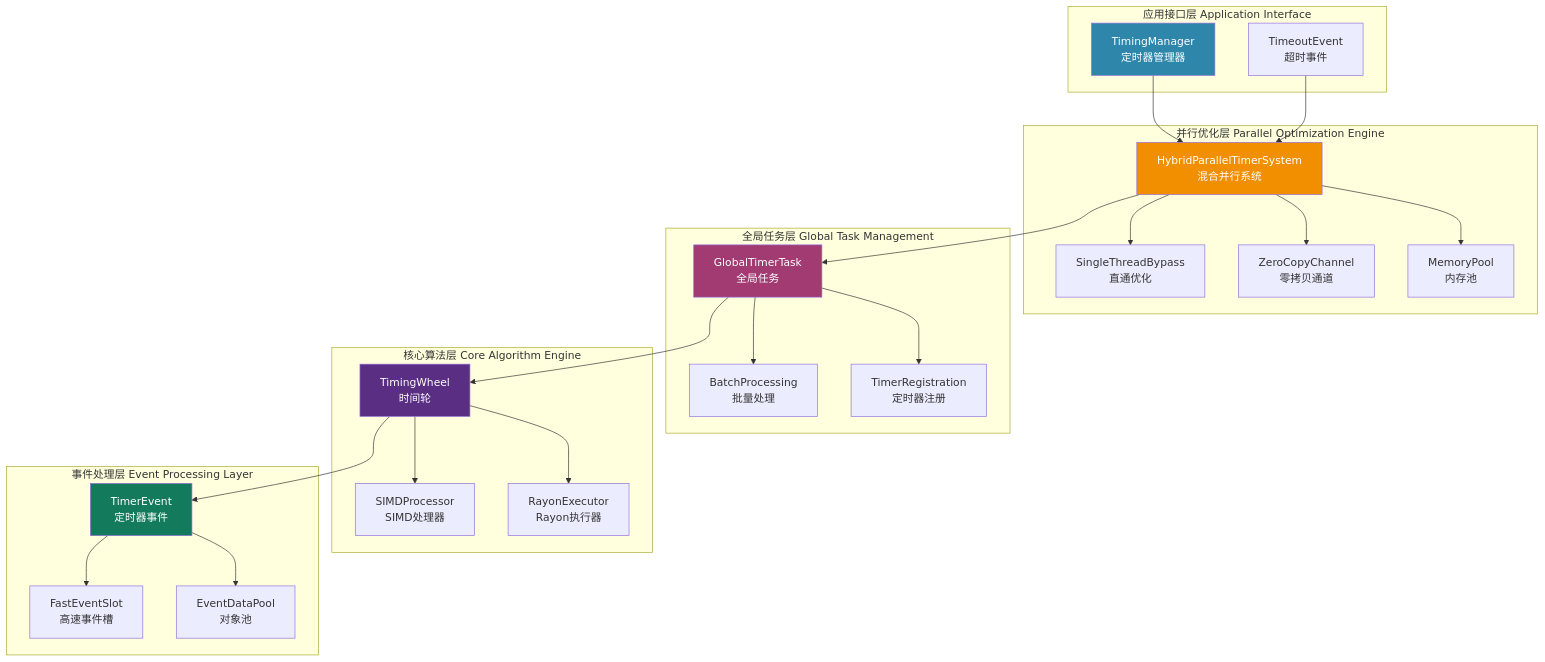
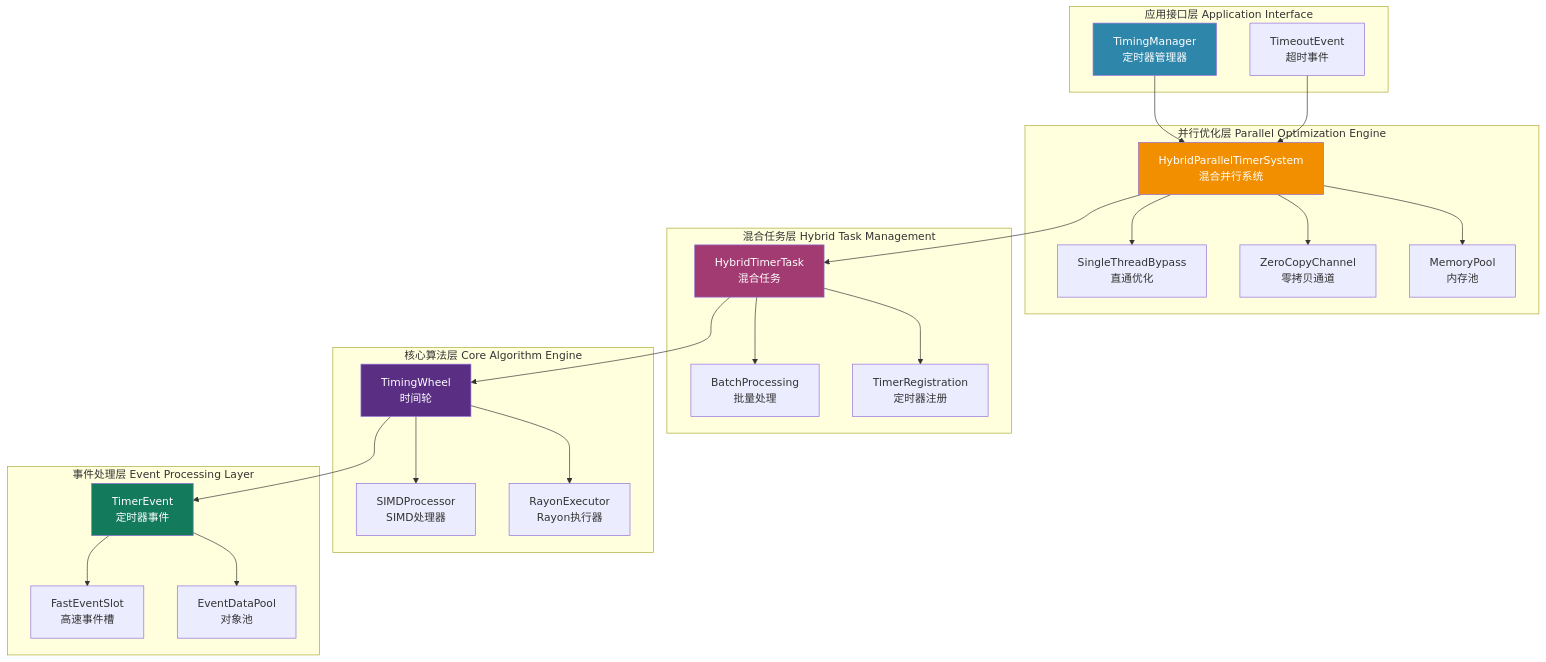
Before and after one commit to ShaoG-R/kestrel-protocol: the diagram in docs/src/dev-docs/components/timer.md, drawn with Mermaid. The commit also changed other lines of this file and 1 other file, not shown here.

````diff
--- a/docs/src/dev-docs/components/timer.md
+++ b/docs/src/dev-docs/components/timer.md
@@ -19,53 +19,53 @@
 ```mermaid
 graph TB
     subgraph "应用接口层 Application Interface"
         A[TimingManager<br/>定时器管理器]
         B[TimeoutEvent<br/>超时事件]
     end
     
     subgraph "并行优化层 Parallel Optimization Engine"
         C[HybridParallelTimerSystem<br/>混合并行系统]
         D[SingleThreadBypass<br/>直通优化]
         E[ZeroCopyChannel<br/>零拷贝通道]
         F[MemoryPool<br/>内存池]
     end
     
-    subgraph "全局任务层 Global Task Management"
-        G[GlobalTimerTask<br/>全局任务]
+    subgraph "混合任务层 Hybrid Task Management"
+        G[HybridTimerTask<br/>混合任务]
         H[BatchProcessing<br/>批量处理]
         I[TimerRegistration<br/>定时器注册]
     end
     
     subgraph "核心算法层 Core Algorithm Engine"
         J[TimingWheel<br/>时间轮]
         K[SIMDProcessor<br/>SIMD处理器]
         L[RayonExecutor<br/>Rayon执行器]
     end
     
     subgraph "事件处理层 Event Processing Layer"
         M[TimerEvent<br/>定时器事件]
         N[FastEventSlot<br/>高速事件槽]
         O[EventDataPool<br/>对象池]
     end
 
     A --> C
     B --> C
     C --> D
     C --> E
     C --> F
     C --> G
     G --> H
     G --> I
     G --> J
     J --> K
     J --> L
     J --> M
     M --> N
     M --> O
 
     style A fill:#2E86AB,color:#fff
     style C fill:#F18F01,color:#fff
     style G fill:#A23B72,color:#fff
     style J fill:#592E83,color:#fff
     style M fill:#147A5C,color:#fff
 ```
````
